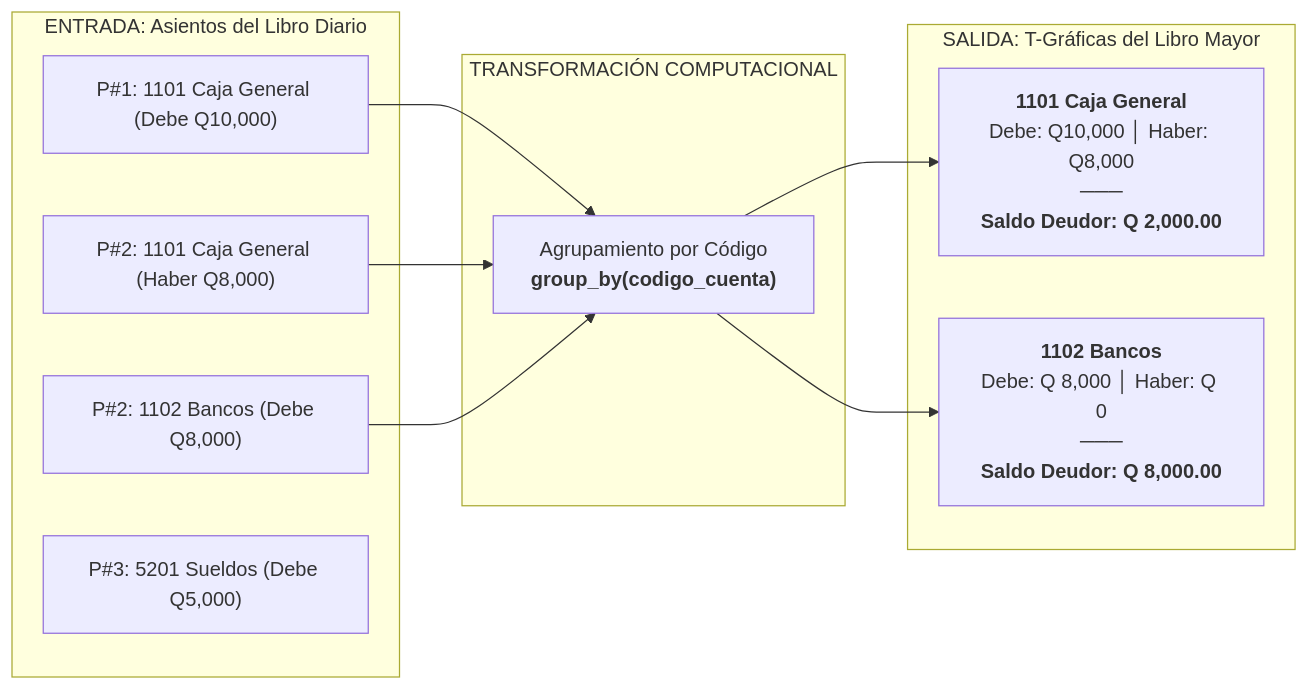
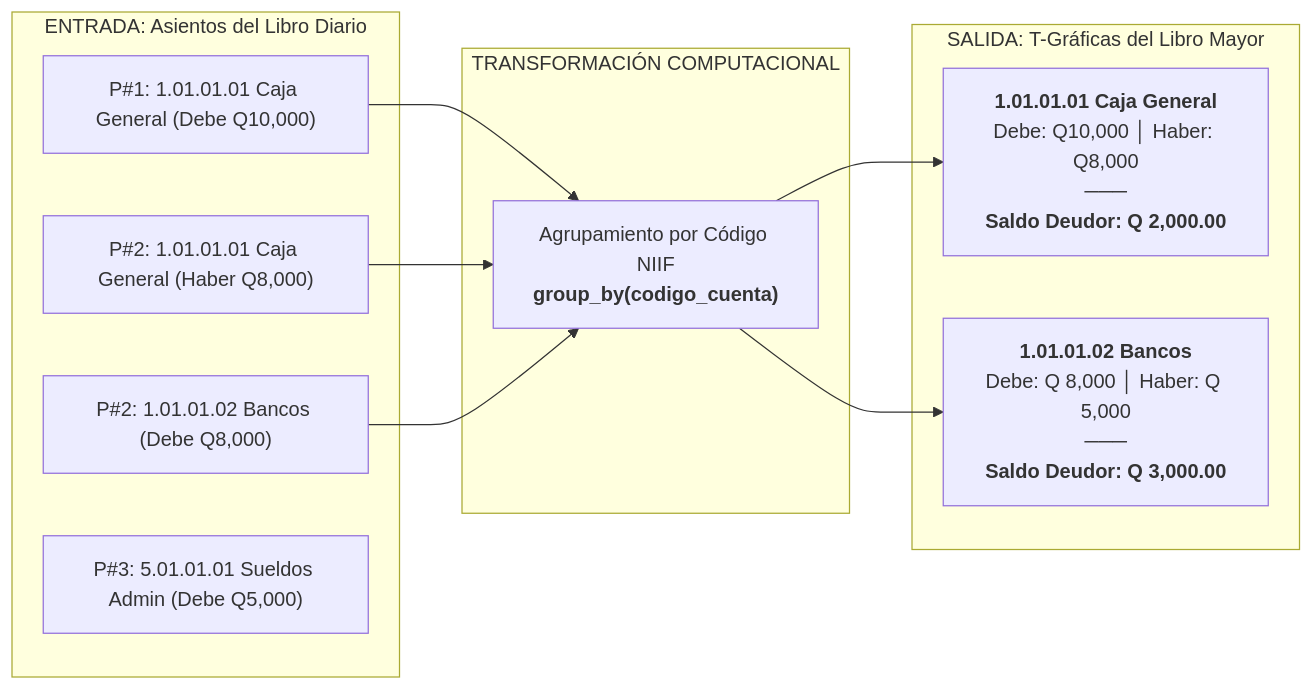
Before and after one commit to EmGamex/Accounting-Cycle-on-Python: the diagram in docs/explanation/ciclo_contable_y_partida_doble.md, drawn with Mermaid. The commit also changed other lines of this file and 8 other files, not shown here.

````diff
--- a/docs/explanation/ciclo_contable_y_partida_doble.md
+++ b/docs/explanation/ciclo_contable_y_partida_doble.md
@@ -38,21 +38,21 @@
 ```mermaid
 flowchart LR
     subgraph DiarioInput ["ENTRADA: Asientos del Libro Diario"]
-        L1["P#1: 1101 Caja General (Debe Q10,000)"]
-        L2["P#2: 1101 Caja General (Haber Q8,000)"]
-        L3["P#2: 1102 Bancos (Debe Q8,000)"]
-        L4["P#3: 5201 Sueldos (Debe Q5,000)"]
+        L1["P#1: 1.01.01.01 Caja General (Debe Q10,000)"]
+        L2["P#2: 1.01.01.01 Caja General (Haber Q8,000)"]
+        L3["P#2: 1.01.01.02 Bancos (Debe Q8,000)"]
+        L4["P#3: 5.01.01.01 Sueldos Admin (Debe Q5,000)"]
     end
 
     subgraph Transformacion ["TRANSFORMACIÓN COMPUTACIONAL"]
-        GB["Agrupamiento por Código<br/><b>group_by(codigo_cuenta)</b>"]
+        GB["Agrupamiento por Código NIIF<br/><b>group_by(codigo_cuenta)</b>"]
     end
 
     subgraph MayorOutput ["SALIDA: T-Gráficas del Libro Mayor"]
-        T1["<b>1101 Caja General</b><br/>Debe: Q10,000 │ Haber: Q8,000<br/>───<br/><b>Saldo Deudor: Q 2,000.00</b>"]
-        T2["<b>1102 Bancos</b><br/>Debe: Q 8,000 │ Haber: Q 0<br/>───<br/><b>Saldo Deudor: Q 8,000.00</b>"]
+        T1["<b>1.01.01.01 Caja General</b><br/>Debe: Q10,000 │ Haber: Q8,000<br/>───<br/><b>Saldo Deudor: Q 2,000.00</b>"]
+        T2["<b>1.01.01.02 Bancos</b><br/>Debe: Q 8,000 │ Haber: Q 5,000<br/>───<br/><b>Saldo Deudor: Q 3,000.00</b>"]
     end
 
     L1 & L2 --> GB --> T1
     L3 --> GB --> T2
 ```
````
